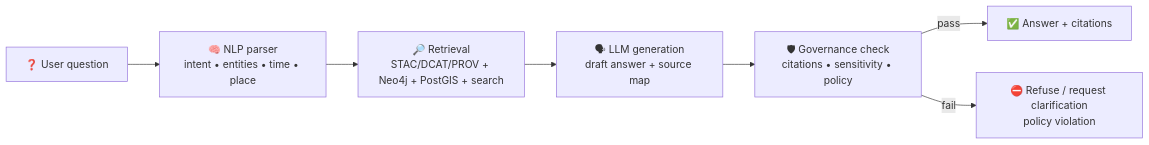
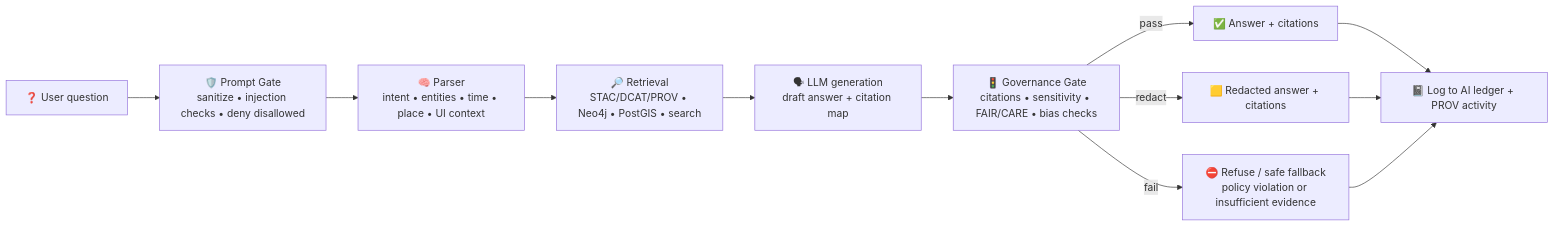
Before and after one commit to bartytime4life/Kansas-Frontier-Matrix: the sixth of 13 diagrams in docs/architecture/diagrams/README.md, drawn with Mermaid. The commit also changed other lines of this file, not shown here.

````diff
--- a/docs/architecture/diagrams/README.md
+++ b/docs/architecture/diagrams/README.md
@@ -337,9 +466,14 @@
 ```mermaid
 flowchart LR
-  Q[❓ User question] --> PARSE[🧠 NLP parser<br/>intent • entities • time • place]
-  PARSE --> RETR[🔎 Retrieval<br/>STAC/DCAT/PROV + Neo4j + PostGIS + search]
-  RETR --> GEN[🗣 LLM generation<br/>draft answer + source map]
-  GEN --> GOV[🛡 Governance check<br/>citations • sensitivity • policy]
-  GOV -->|pass| A[✅ Answer + citations]
-  GOV -->|fail| R[⛔ Refuse / request clarification<br/>policy violation]
+  Q["❓ User question"] --> PG["🛡️ Prompt Gate<br/>sanitize • injection checks • deny disallowed"]
+  PG --> PARSE["🧠 Parser<br/>intent • entities • time • place • UI context"]
+  PARSE --> RETR["🔎 Retrieval<br/>STAC/DCAT/PROV • Neo4j • PostGIS • search"]
+  RETR --> GEN["🗣 LLM generation<br/>draft answer + citation map"]
+  GEN --> GOV["🚦 Governance Gate<br/>citations • sensitivity • FAIR/CARE • bias checks"]
+  GOV -->|pass| A["✅ Answer + citations"]
+  GOV -->|redact| X["🟨 Redacted answer + citations"]
+  GOV -->|fail| R["⛔ Refuse / safe fallback<br/>policy violation or insufficient evidence"]
+  A --> LED["📓 Log to AI ledger + PROV activity"]
+  X --> LED
+  R --> LED
 ```
````
